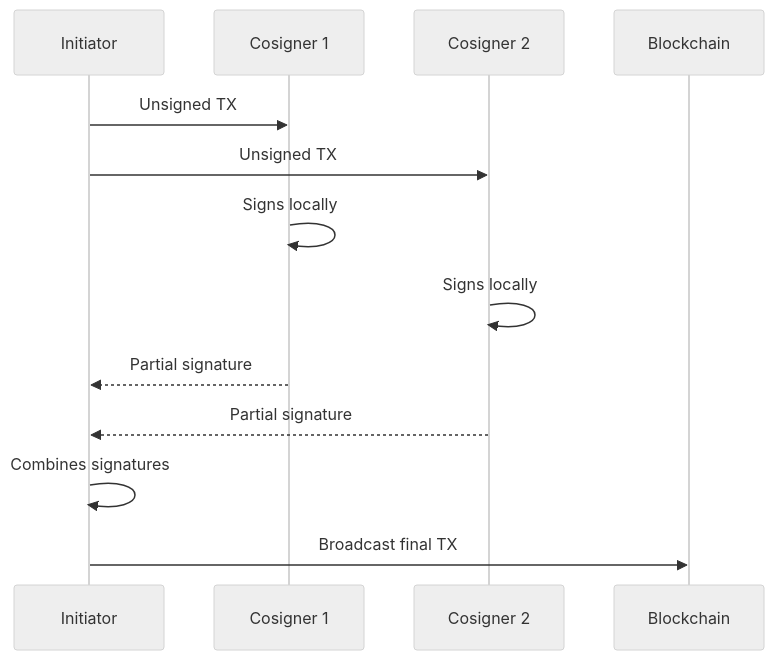
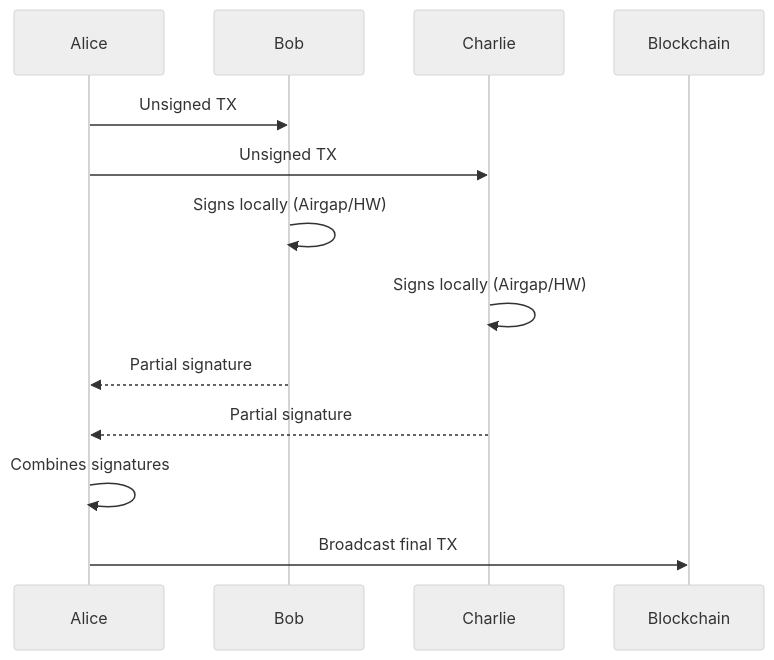
Before and after one commit to samouraiworld/peerdev: the sixth of 7 diagrams in gno-tutorials/short-tutorials/9-secure-tx/slides.md, drawn with Mermaid (neutral theme). The commit also changed other lines of this file, not shown here.

````diff
--- a/gno-tutorials/short-tutorials/9-secure-tx/slides.md
+++ b/gno-tutorials/short-tutorials/9-secure-tx/slides.md
@@ -346,16 +349,16 @@
 ```mermaid {scale: 0.7}
 sequenceDiagram
-    participant A as Initiator
-    participant B as Cosigner 1
-    participant C as Cosigner 2
+    participant A as Alice
+    participant B as Bob
+    participant C as Charlie
     participant D as Blockchain
     
     A->>B: Unsigned TX
     A->>C: Unsigned TX
-    B->>B: Signs locally
-    C->>C: Signs locally
+    B->>B: Signs locally (Airgap/HW)
+    C->>C: Signs locally (Airgap/HW)
     B-->>A: Partial signature
     C-->>A: Partial signature
     A->>A: Combines signatures
     A->>D: Broadcast final TX
 ```
````
